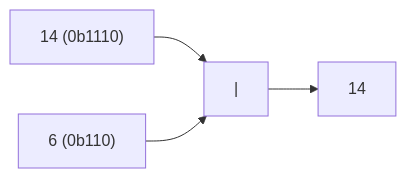
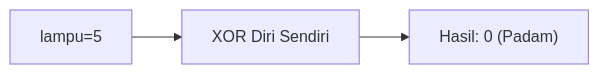
Before and after one commit to amnahwaida/OSNK_INF_PREP: diagram 11 of 25 in part-c-pemahaman-cpp/06-bitwise/latihan/set-07.md, drawn with Mermaid. The commit also changed other lines of this file and 71 other files, not shown here.

````diff
--- a/part-c-pemahaman-cpp/06-bitwise/latihan/set-07.md
+++ b/part-c-pemahaman-cpp/06-bitwise/latihan/set-07.md
@@ -285,6 +293,5 @@
 ```mermaid
 graph LR
-A["14 (0b1110)"] --> C["|"]
-B["6 (0b110)"] --> C
-C --> D["14"]
+A["lampu=5"] --> B["XOR Diri Sendiri"]
+B --> C["Hasil: 0 (Padam)"]
 ```
````
